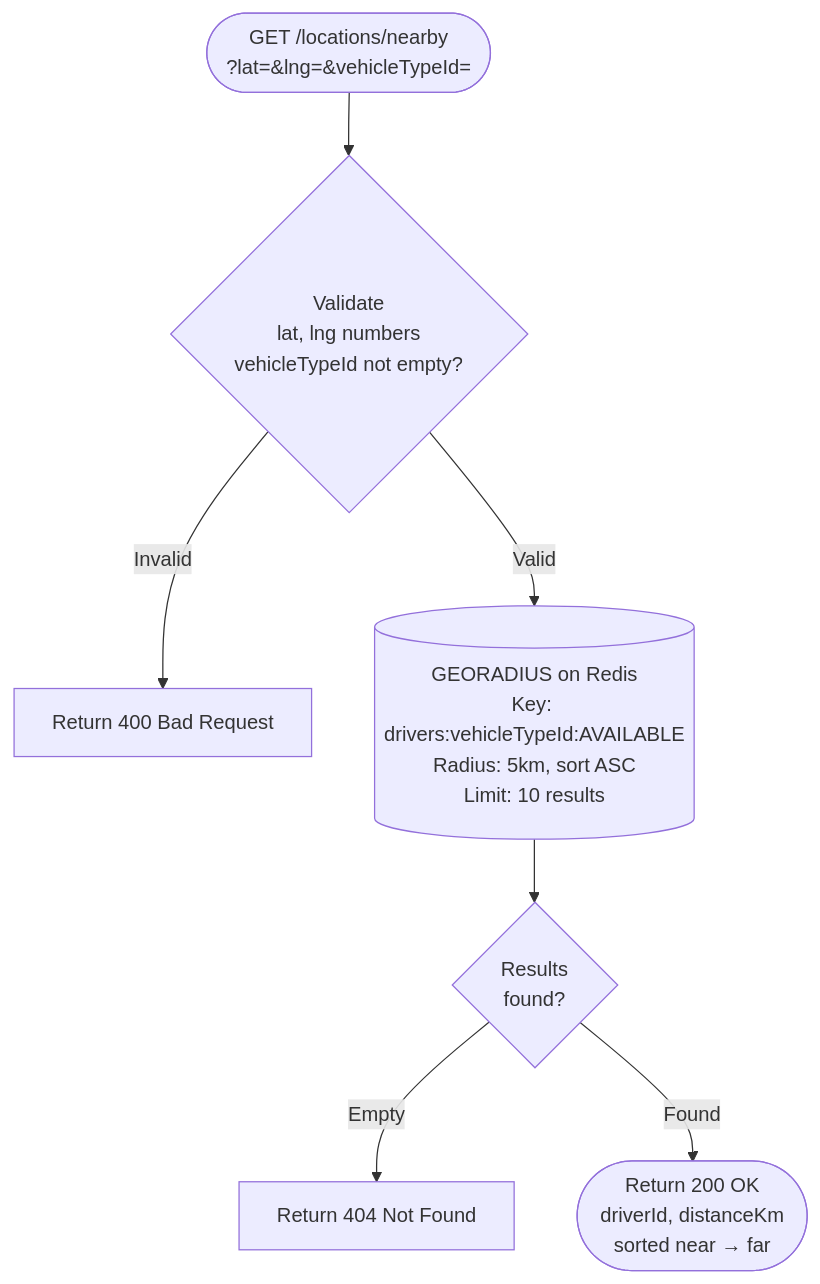
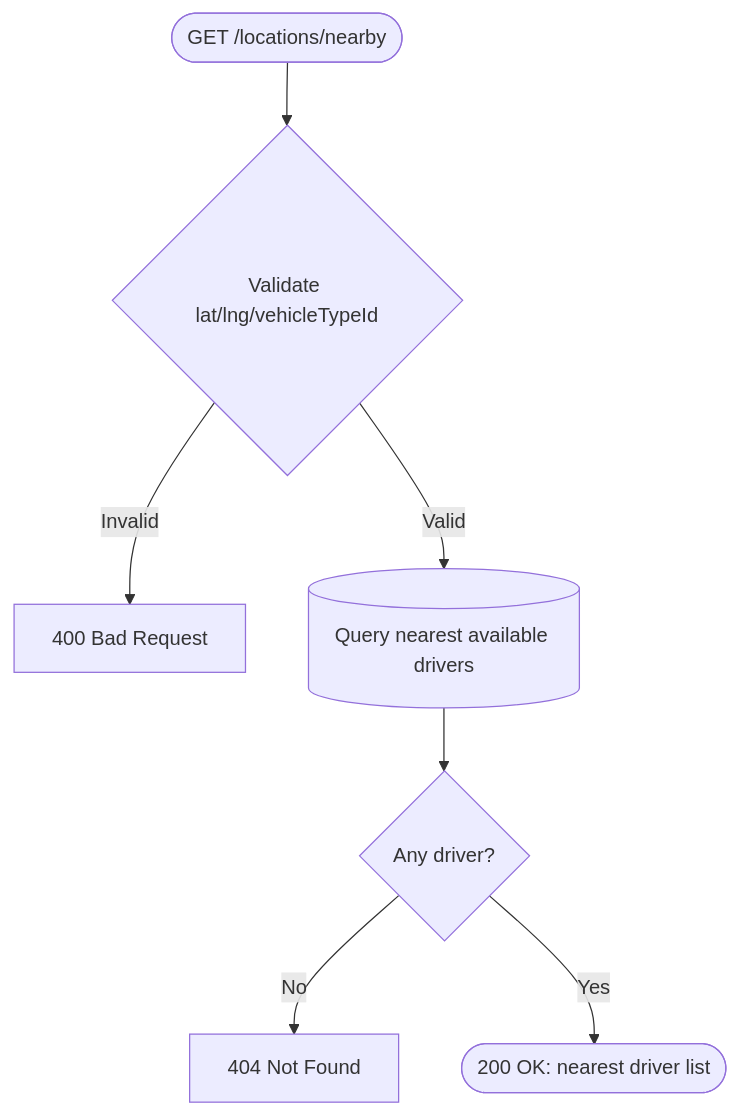
Before and after one commit to ImTruong/TrangSM: the ninth of 21 diagrams in docs/analysis-and-design.md, drawn with Mermaid. The commit also changed other lines of this file and 32 other files, not shown here.

````diff
--- a/docs/analysis-and-design.md
+++ b/docs/analysis-and-design.md
@@ -438,9 +472,9 @@
 ```mermaid
 flowchart TD
-    A([GET /locations/nearby\n?lat=&lng=&vehicleTypeId=]) --> B{Validate\nlat, lng numbers\nvehicleTypeId not empty?}
-    B -->|Invalid| ERR1[Return 400 Bad Request]
-    B -->|Valid| C[(GEORADIUS on Redis\nKey: drivers:vehicleTypeId:AVAILABLE\nRadius: 5km, sort ASC\nLimit: 10 results)]
-    C --> D{Results\nfound?}
-    D -->|Empty| ERR2[Return 404 Not Found]
-    D -->|Found| E([Return 200 OK\ndriverId, distanceKm\nsorted near → far])
+    A([GET /locations/nearby]) --> B{Validate lat/lng/vehicleTypeId}
+    B -->|Invalid| E1[400 Bad Request]
+    B -->|Valid| C[(Query nearest available drivers)]
+    C --> D{Any driver?}
+    D -->|No| E2[404 Not Found]
+    D -->|Yes| E([200 OK: nearest driver list])
 ```
````
